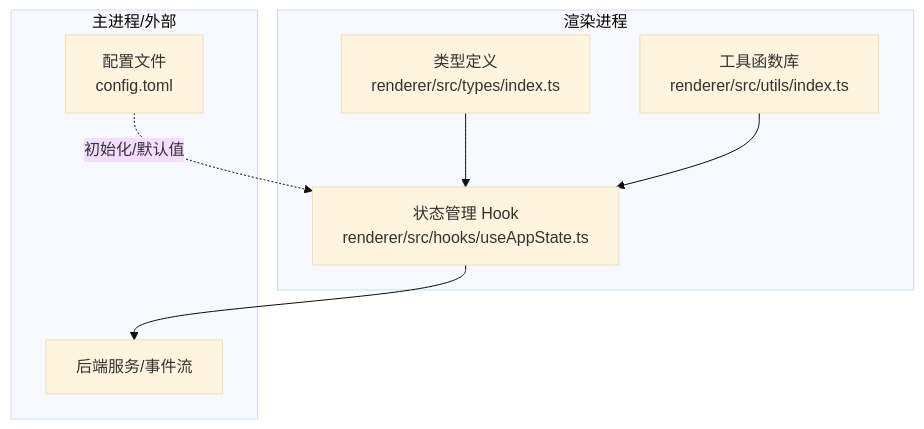
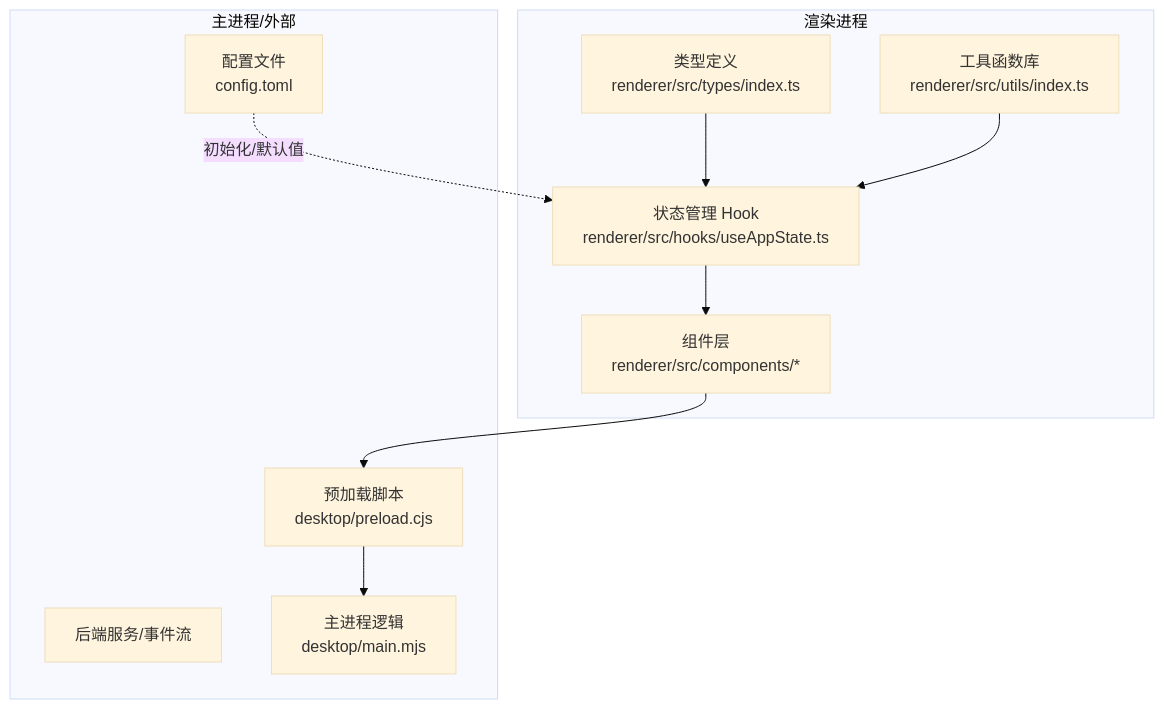
The first of 5 diagrams in .qoder/repowiki/zh/content/数据模型.md (linkin770/illama-cpp-desktop), drawn with Mermaid (base theme) before and after one commit. The commit also changed other lines of this file and 23 other files, not shown here.

````diff
--- a/.qoder/repowiki/zh/content/数据模型.md
+++ b/.qoder/repowiki/zh/content/数据模型.md
@@ -30,16 +36,21 @@
 ```mermaid
 graph TB
 subgraph "渲染进程"
 Types["类型定义<br/>renderer/src/types/index.ts"]
 Hooks["状态管理 Hook<br/>renderer/src/hooks/useAppState.ts"]
 Utils["工具函数库<br/>renderer/src/utils/index.ts"]
+Components["组件层<br/>renderer/src/components/*"]
 end
 subgraph "主进程/外部"
 ConfigTOML["配置文件<br/>config.toml"]
 Backend["后端服务/事件流"]
+Preload["预加载脚本<br/>desktop/preload.cjs"]
+MainProcess["主进程逻辑<br/>desktop/main.mjs"]
 end
 Types --> Hooks
-Hooks --> Backend
+Hooks --> Components
+Components --> Preload
+Preload --> MainProcess
 ConfigTOML -. 初始化/默认值 .-> Hooks
 Utils --> Hooks
 ```
````
